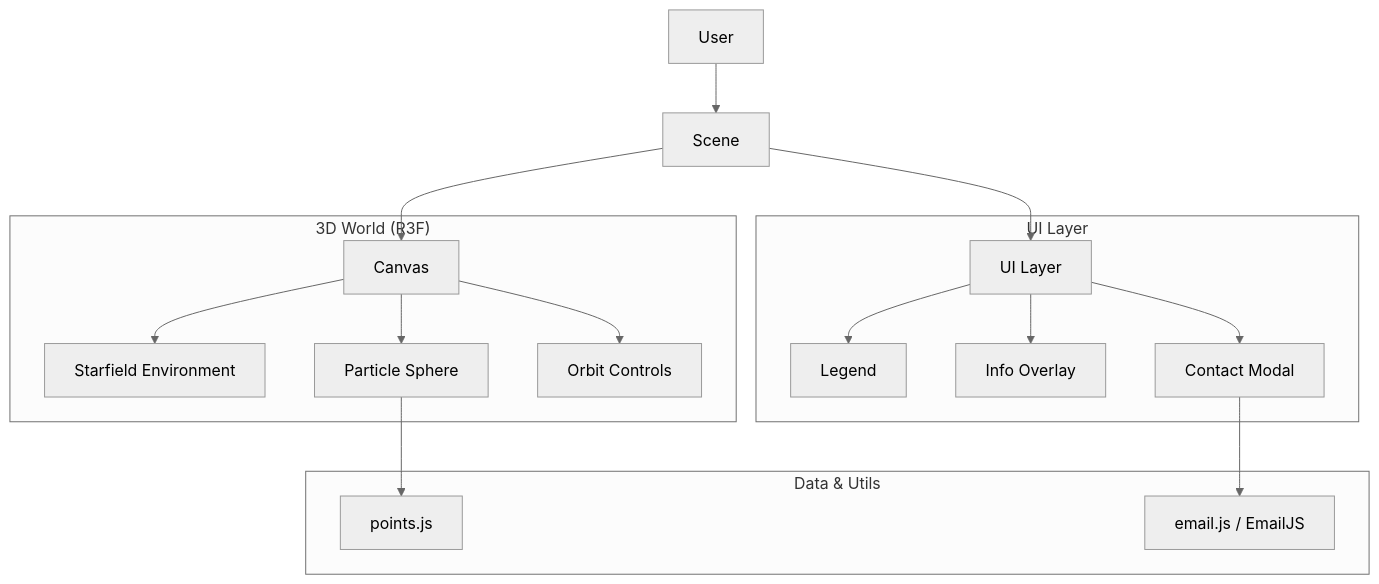
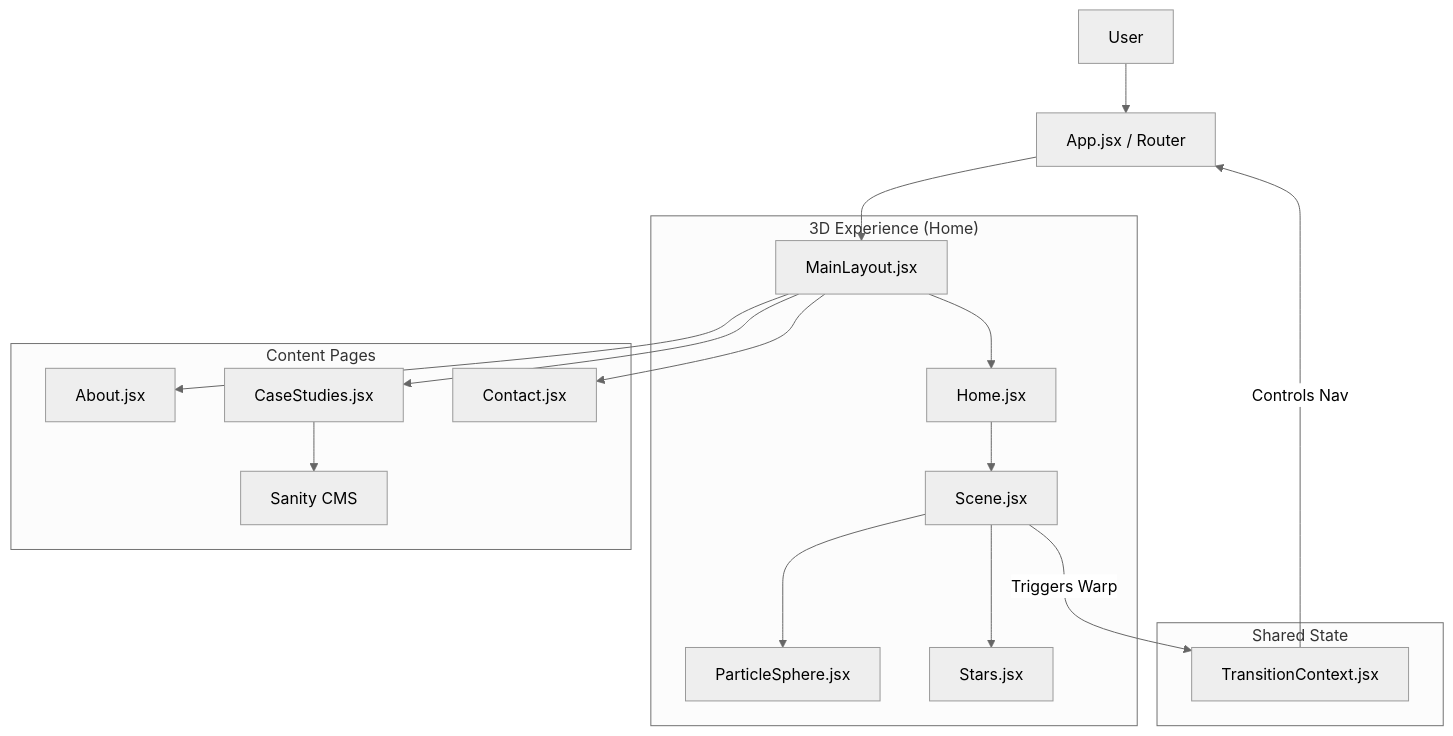
The diagram in .gsd/ARCHITECTURE.md (MateuszParol/GSAP-Sphere), drawn with Mermaid (neutral theme) before and after one commit. The commit also changed other lines of this file and 19 other files, not shown here.

````diff
--- a/.gsd/ARCHITECTURE.md
+++ b/.gsd/ARCHITECTURE.md
@@ -9,23 +9,26 @@
 ```mermaid
 graph TD
-    User[User] --> Scene
-    Scene --> Canvas
-    Scene --> UI[UI Layer]
+    User[User] --> Entry[App.jsx / Router]
+    Entry --> Layout[MainLayout.jsx]
     
-    subgraph "3D World (R3F)"
-        Canvas --> Stars[Starfield Environment]
-        Canvas --> Sphere[Particle Sphere]
-        Canvas --> Controls[Orbit Controls]
+    subgraph "3D Experience (Home)"
+        Layout --> Home[Home.jsx]
+        Home --> Scene[Scene.jsx]
+        Scene --> Sphere[ParticleSphere.jsx]
+        Scene --> Stars[Stars.jsx]
     end
-    
-    subgraph "UI Layer"
-        UI --> Legend
-        UI --> Overlay[Info Overlay]
-        UI --> Contact[Contact Modal]
+
+    subgraph "Content Pages"
+        Layout --> About[About.jsx]
+        Layout --> Projects[CaseStudies.jsx]
+        Layout --> Contact[Contact.jsx]
+        Projects --> Sanity[Sanity CMS]
     end
-    
-    subgraph "Data & Utils"
-        Sphere --> Data[points.js]
-        Contact --> Email[email.js / EmailJS]
+
+    subgraph "Shared State"
+        Ctx[TransitionContext.jsx]
     end
+
+    Scene -- "Triggers Warp" --> Ctx
+    Ctx -- "Controls Nav" --> Entry
 ```
````
